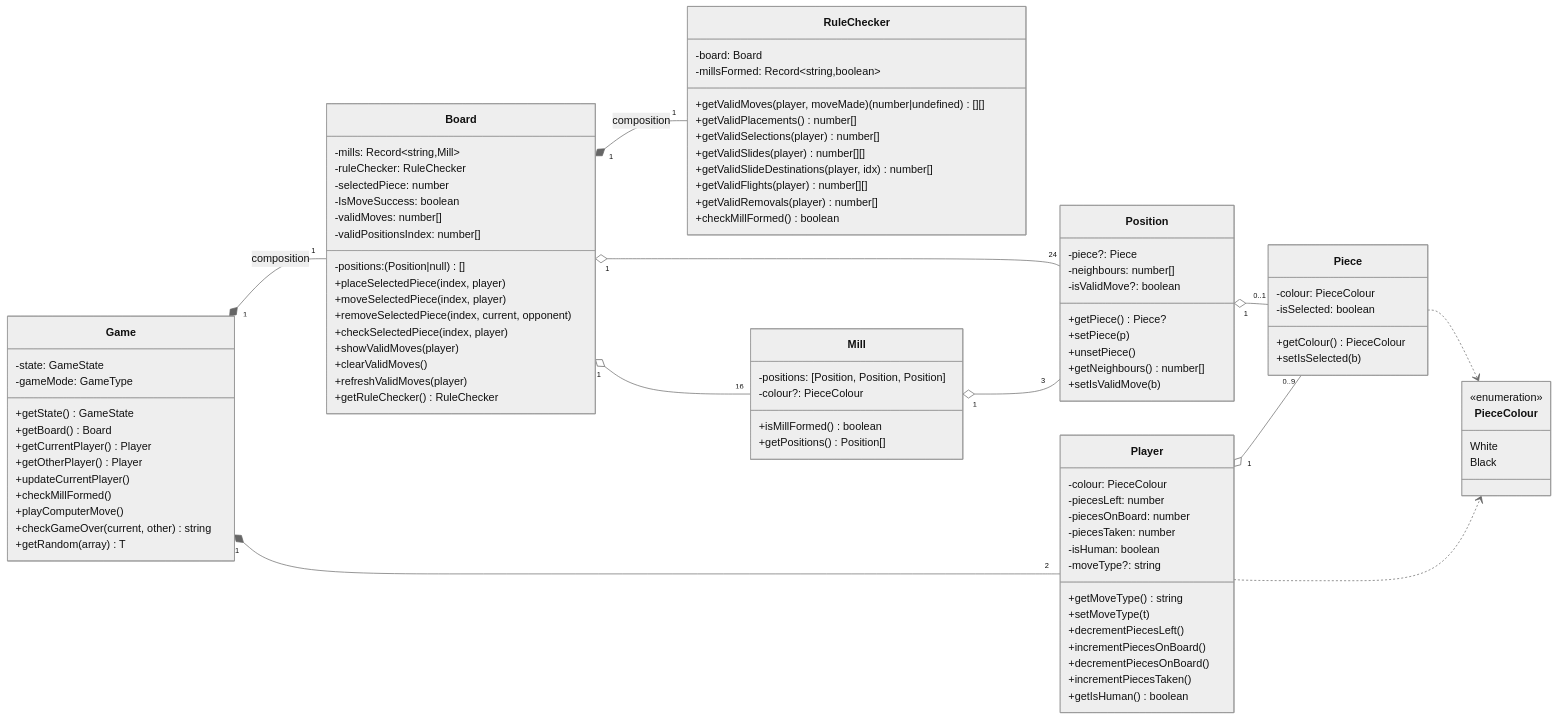
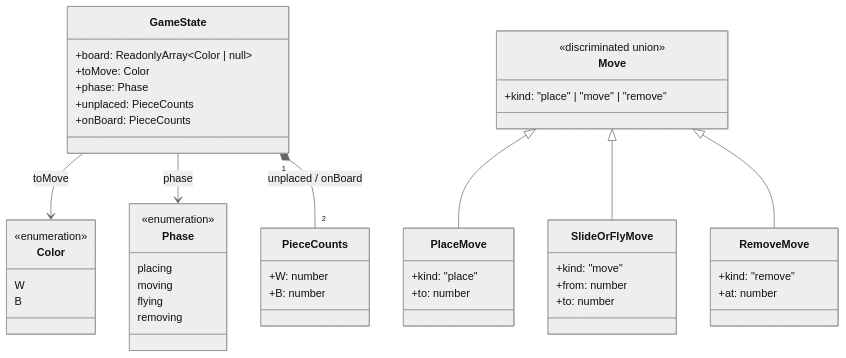
Before and after one commit to ligsnf/nine-mens-morris: the second of 4 diagrams in docs/architecture.md, drawn with Mermaid (neutral theme). The commit also changed other lines of this file and 2 other files, not shown here.

Commit message:
docs: update architecture for new direction

````diff
--- a/docs/architecture.md
+++ b/docs/architecture.md
@@ -29,107 +91,59 @@
 ```mermaid
 classDiagram
-    direction LR
+    direction TB
 
-    class Game {
-      -state: GameState
-      -gameMode: GameType
-      +getState() GameState
-      +getBoard() Board
-      +getCurrentPlayer() Player
-      +getOtherPlayer() Player
-      +updateCurrentPlayer()
-      +checkMillFormed()
-      +playComputerMove()
-      +checkGameOver(current, other) string
-      +getRandom(array) T
+    class GameState {
+      +board: ReadonlyArray~Color | null~
+      +toMove: Color
+      +phase: Phase
+      +unplaced: PieceCounts
+      +onBoard: PieceCounts
     }
 
-    class Board {
-      -positions: (Position|null)[]
-      -mills: Record~string,Mill~
-      -ruleChecker: RuleChecker
-      -selectedPiece: number
-      -IsMoveSuccess: boolean
-      -validMoves: number[]
-      -validPositionsIndex: number[]
-      +placeSelectedPiece(index, player)
-      +moveSelectedPiece(index, player)
-      +removeSelectedPiece(index, current, opponent)
-      +checkSelectedPiece(index, player)
-      +showValidMoves(player)
-      +clearValidMoves()
-      +refreshValidMoves(player)
-      +getRuleChecker() RuleChecker
+    class PieceCounts {
+      +W: number
+      +B: number
     }
 
-    class RuleChecker {
-      -board: Board
-      -millsFormed: Record~string,boolean~
-      +getValidMoves(player, moveMade) (number|undefined)[][]
-      +getValidPlacements() number[]
-      +getValidSelections(player) number[]
-      +getValidSlides(player) number[][]
-      +getValidSlideDestinations(player, idx) number[]
-      +getValidFlights(player) number[][]
-      +getValidRemovals(player) number[]
-      +checkMillFormed() boolean
+    class Move {
+      <<discriminated union>>
+      +kind: "place" | "move" | "remove"
     }
 
-    class Player {
-      -colour: PieceColour
-      -piecesLeft: number
-      -piecesOnBoard: number
-      -piecesTaken: number
-      -isHuman: boolean
-      -moveType?: string
-      +getMoveType() string
-      +setMoveType(t)
-      +decrementPiecesLeft()
-      +incrementPiecesOnBoard()
-      +decrementPiecesOnBoard()
-      +incrementPiecesTaken()
-      +getIsHuman() boolean
+    class PlaceMove {
+      +kind: "place"
+      +to: number
     }
 
-    class Position {
-      -piece?: Piece
-      -neighbours: number[]
-      -isValidMove?: boolean
-      +getPiece() Piece?
-      +setPiece(p)
-      +unsetPiece()
-      +getNeighbours() number[]
-      +setIsValidMove(b)
+    class SlideOrFlyMove {
+      +kind: "move"
+      +from: number
+      +to: number
     }
 
-    class Mill {
-      -positions: [Position, Position, Position]
-      -colour?: PieceColour
-      +isMillFormed() boolean
-      +getPositions() Position[]
+    class RemoveMove {
+      +kind: "remove"
+      +at: number
     }
 
-    class Piece {
-      -colour: PieceColour
-      -isSelected: boolean
-      +getColour() PieceColour
-      +setIsSelected(b)
+    class Color {
+      <<enumeration>>
+      W
+      B
     }
 
-    class PieceColour {
+    class Phase {
       <<enumeration>>
-      White
-      Black
+      placing
+      moving
+      flying
+      removing
     }
 
-    Game "1" *-- "1" Board : composition
-    Game "1" *-- "2" Player
-    Board "1" *-- "1" RuleChecker : composition
-    Board "1" o-- "24" Position
-    Board "1" o-- "16" Mill
-    Position "1" o-- "0..1" Piece
-    Player "1" o-- "0..9" Piece
-    Mill "1" o-- "3" Position
-    Piece ..> PieceColour
-    Player ..> PieceColour
+    GameState --> Color : toMove
+    GameState --> Phase : phase
+    GameState "1" *-- "2" PieceCounts : unplaced / onBoard
+    Move <|-- PlaceMove
+    Move <|-- SlideOrFlyMove
+    Move <|-- RemoveMove
 ```
````
